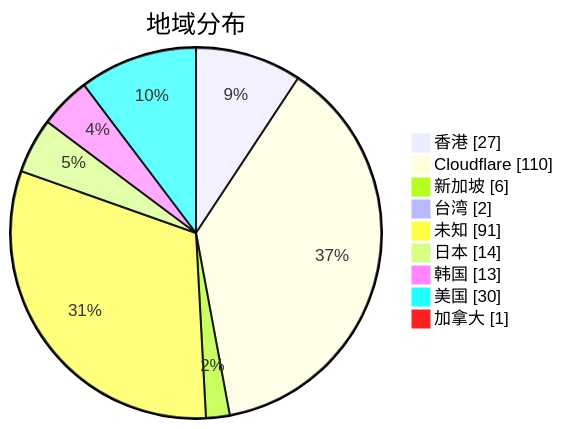
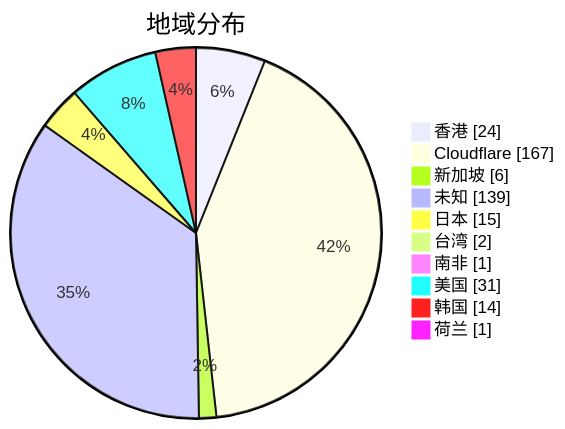
One commit to qjlxg/airport changed the second of 3 diagrams in subs/statistics/tested_within.md. Above: the diagram before and after it, drawn with Mermaid. The commit also changed other lines of this file and 2 other files, not shown here.

````diff
--- a/subs/statistics/tested_within.md
+++ b/subs/statistics/tested_within.md
@@ -12,13 +14,14 @@
 ```mermaid
 pie showData
 title 地域分布
-"香港" : 27
-"Cloudflare" : 110
+"香港" : 24
+"Cloudflare" : 167
 "新加坡" : 6
+"未知" : 139
+"日本" : 15
 "台湾" : 2
-"未知" : 91
-"日本" : 14
-"韩国" : 13
-"美国" : 30
-"加拿大" : 1
+"南非" : 1
+"美国" : 31
+"韩国" : 14
+"荷兰" : 1
 ```
````
